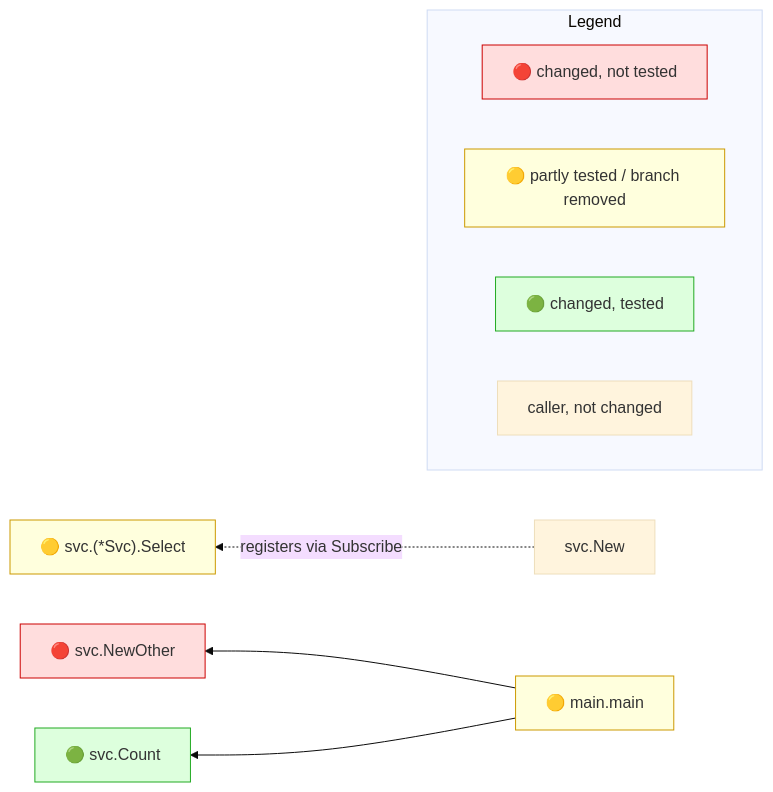
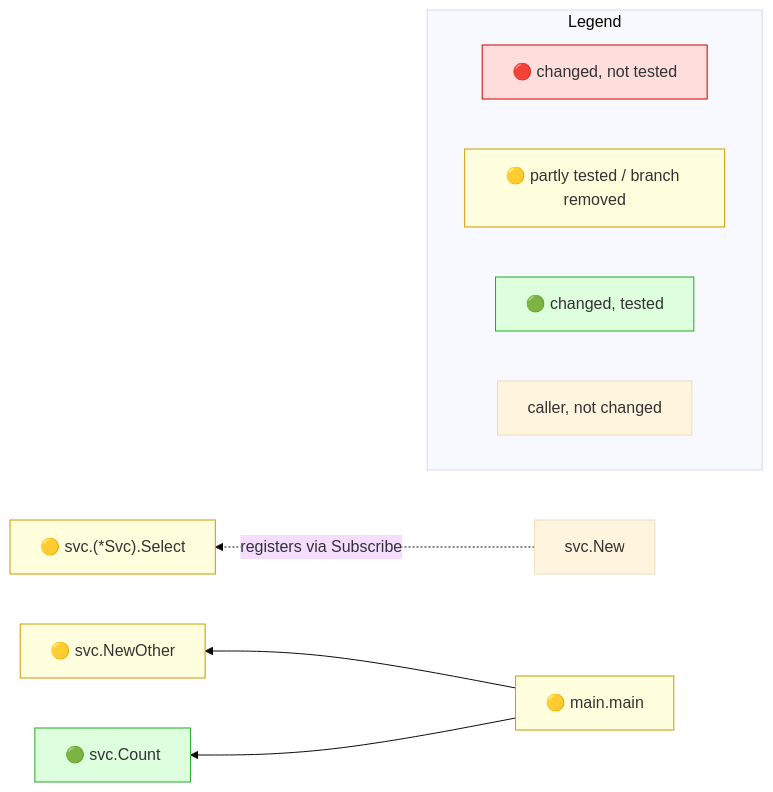
One commit to Kevinbarrero/mr-impact changed the diagram in testdata/e2e/removal/expected.golden.md. Above: the diagram before and after it, drawn with Mermaid (base theme). The commit also changed other lines of this file and 32 other files, not shown here.

````diff
--- a/testdata/e2e/removal/expected.golden.md
+++ b/testdata/e2e/removal/expected.golden.md
@@ -43,21 +43,21 @@
 ```mermaid
 flowchart RL
-  n0["🔴 svc.NewOther"]:::red
-  n1["🟡 svc.(*Svc).Select"]:::yellow
-  n2["svc.New"]
+  n0["🟡 svc.(*Svc).Select"]:::yellow
+  n1["svc.New"]
+  n2["🟡 svc.NewOther"]:::yellow
   n3["🟡 main.main"]:::yellow
   n4["🟢 svc.Count"]:::green
-  n2 -. "registers via Subscribe" .-> n1
-  n3 --> n0
+  n1 -. "registers via Subscribe" .-> n0
+  n3 --> n2
   n3 --> n4
   subgraph legend ["Legend"]
     direction LR
     lr["🔴 changed, not tested"]:::red
     ly["🟡 partly tested / branch removed"]:::yellow
     lg["🟢 changed, tested"]:::green
     lc["caller, not changed"]
   end
   classDef red fill:#fdd,stroke:#c00
   classDef yellow fill:#ffd,stroke:#c90
   classDef green fill:#dfd,stroke:#2a2
 ```
````
